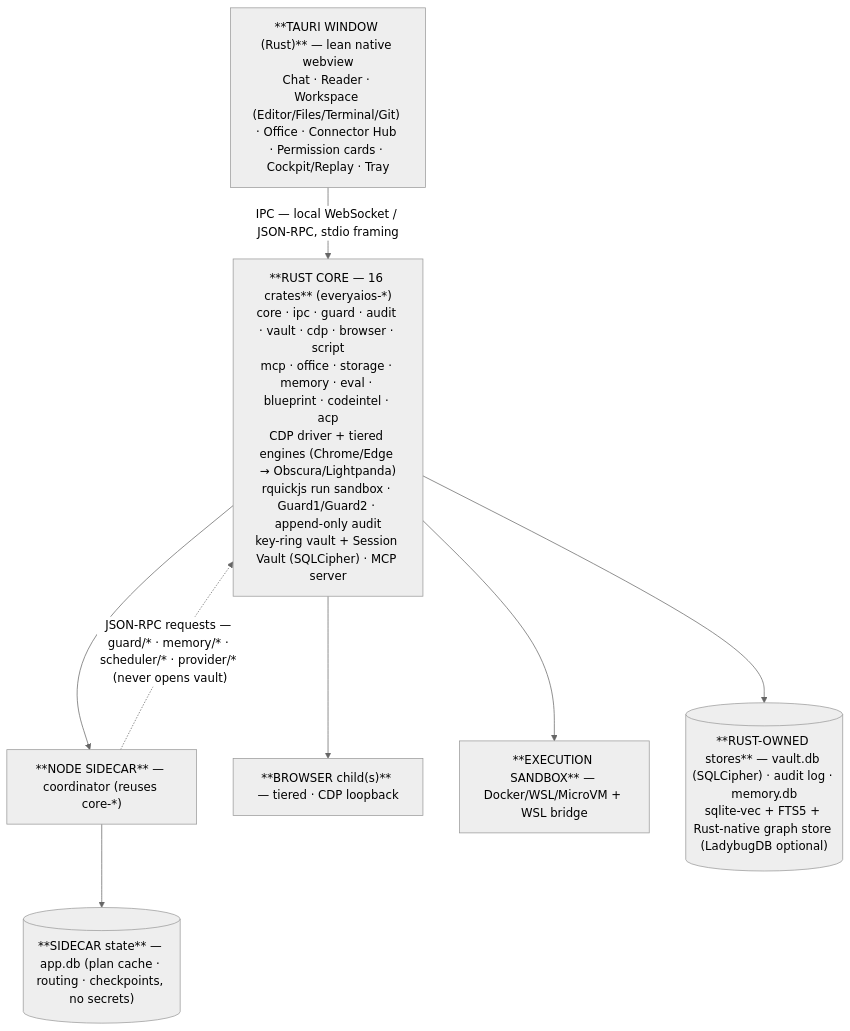
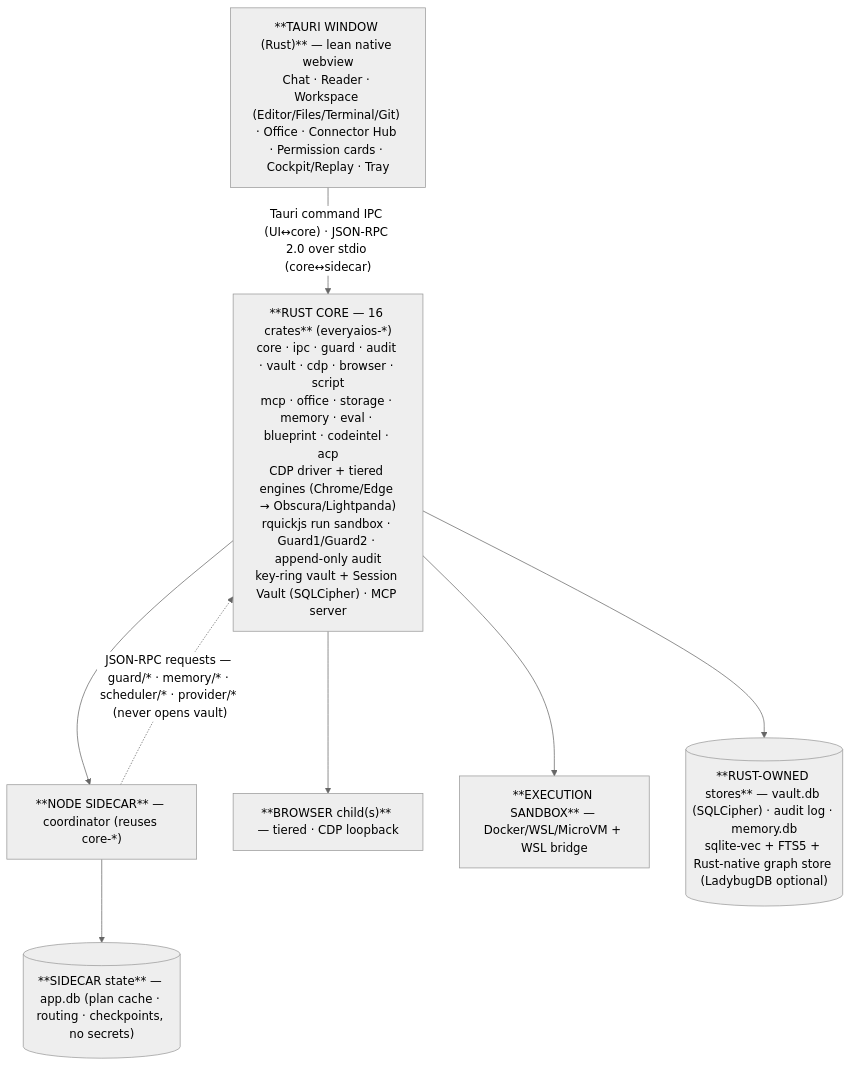
Before and after one commit to sarv-projects/EveryAIOS: the first of 9 diagrams in DESKTOP-APP-SPEC.md, drawn with Mermaid (neutral theme). The commit also changed other lines of this file and 2 other files, not shown here.

````diff
--- a/DESKTOP-APP-SPEC.md
+++ b/DESKTOP-APP-SPEC.md
@@ -390,17 +390,17 @@
 ```mermaid
 flowchart TD
     UI["**TAURI WINDOW (Rust)** — lean native webview<br/>Chat · Reader · Workspace (Editor/Files/Terminal/Git) · Office · Connector Hub · Permission cards · Cockpit/Replay · Tray"]
     CORE["**RUST CORE — 16 crates** (everyaios-*)<br/>core · ipc · guard · audit · vault · cdp · browser · script<br/>mcp · office · storage · memory · eval · blueprint · codeintel · acp<br/>CDP driver + tiered engines (Chrome/Edge → Obscura/Lightpanda)<br/>rquickjs run sandbox · Guard1/Guard2 · append-only audit<br/>key-ring vault + Session Vault (SQLCipher) · MCP server"]
     SIDE["**NODE SIDECAR** — coordinator (reuses core-*)"]
     BROWSER["**BROWSER child(s)** — tiered · CDP loopback"]
     SANDBOX["**EXECUTION SANDBOX** — Docker/WSL/MicroVM + WSL bridge"]
     DB[("**RUST-OWNED stores** — vault.db (SQLCipher) · audit log · memory.db<br/>sqlite-vec + FTS5 + Rust-native graph store (LadybugDB optional)")]
     APPDB[("**SIDECAR state** — app.db (plan cache · routing · checkpoints, no secrets)")]
-    UI -->|"IPC — local WebSocket / JSON-RPC, stdio framing"| CORE
+    UI -->|"Tauri command IPC (UI↔core) · JSON-RPC 2.0 over stdio (core↔sidecar)"| CORE
     CORE --> SIDE
     CORE --> BROWSER
     CORE --> SANDBOX
     CORE --> DB
     SIDE --> APPDB
     SIDE -.->|"JSON-RPC requests — guard/* · memory/* · scheduler/* · provider/* (never opens vault)"| CORE
 ```
````
